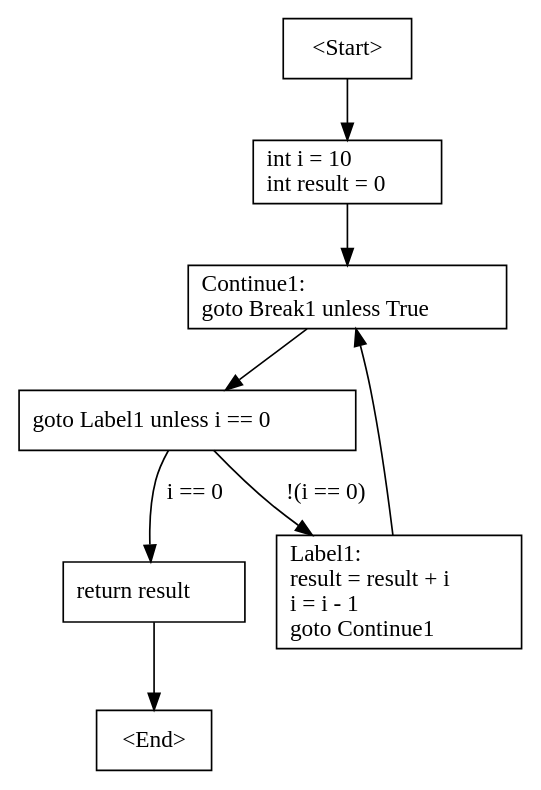
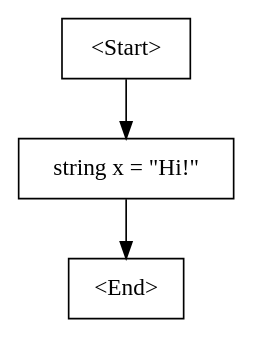
The diagram in cfg.dot (ryanwilsond/belte), drawn with Graphviz before and after one commit. The commit also changed 3 other files, not shown here.

```diff
--- a/cfg.dot
+++ b/cfg.dot
@@ -1,16 +1,7 @@
 digraph G {
-    N0 [label = "<Start>" shape = box]
-    N1 [label = "int i = 10\lint result = 0\l" shape = box]
-    N2 [label = "Continue1:\lgoto Break1 unless True\l" shape = box]
-    N3 [label = "goto Label1 unless i == 0\l" shape = box]
-    N4 [label = "return result\l" shape = box]
-    N5 [label = "Label1:\lresult = result + i\li = i - 1\lgoto Continue1\l" shape = box]
-    N6 [label = "<End>" shape = box]
+    N0 [label = "<Start>", shape = box]
+    N1 [label = "string x = \"Hi!\"", shape = box]
+    N2 [label = "<End>", shape = box]
     N0 -> N1 [label = ""]
     N1 -> N2 [label = ""]
-    N2 -> N3 [label = ""]
-    N3 -> N5 [label = "!(i == 0)"]
-    N3 -> N4 [label = "i == 0"]
-    N4 -> N6 [label = ""]
-    N5 -> N2 [label = ""]
 }
```
